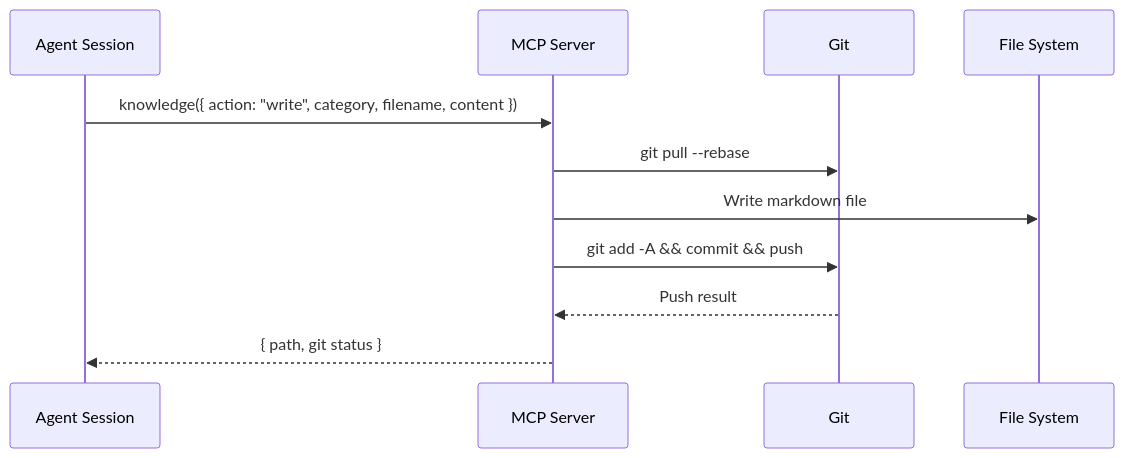
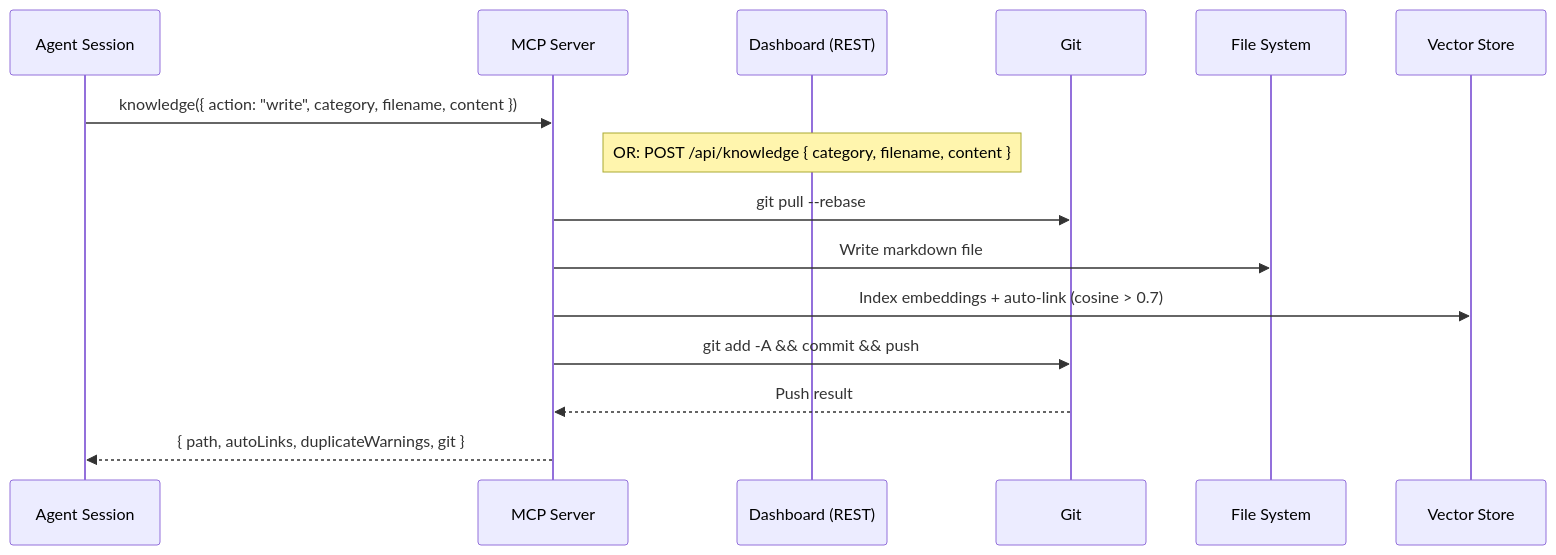
The third of 3 diagrams in docs/ARCHITECTURE.md (keshrath/agent-knowledge), drawn with Mermaid before and after one commit. The commit also changed other lines of this file and 7 other files, not shown here.

First line of the commit message:
v1.6.2: add POST /api/knowledge REST write endpoint

````diff
--- a/docs/ARCHITECTURE.md
+++ b/docs/ARCHITECTURE.md
@@ -416,14 +419,18 @@
 ```mermaid
 sequenceDiagram
     participant C as Agent Session
     participant S as MCP Server
+    participant D as Dashboard (REST)
     participant G as Git
     participant F as File System
+    participant V as Vector Store
 
     C->>S: knowledge({ action: "write", category, filename, content })
+    Note over D: OR: POST /api/knowledge { category, filename, content }
     S->>G: git pull --rebase
     S->>F: Write markdown file
+    S->>V: Index embeddings + auto-link (cosine > 0.7)
     S->>G: git add -A && commit && push
     G-->>S: Push result
-    S-->>C: { path, git status }
+    S-->>C: { path, autoLinks, duplicateWarnings, git }
 ```
````
